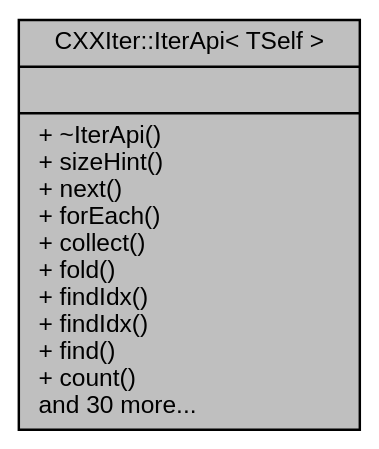
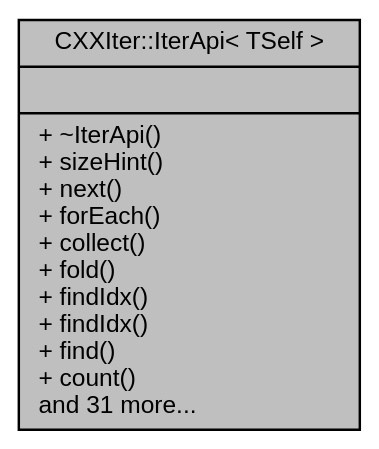
The diagram in classCXXIter_1_1IterApi__coll__graph.dot (seijikun/CXXIter), drawn with Graphviz before and after one commit. The commit also changed 23 other files, not shown here.

```diff
--- a/classCXXIter_1_1IterApi__coll__graph.dot
+++ b/classCXXIter_1_1IterApi__coll__graph.dot
@@ -1,9 +1,9 @@
 digraph "CXXIter::IterApi&lt; TSelf &gt;"
 {
  // INTERACTIVE_SVG=YES
  // LATEX_PDF_SIZE
   bgcolor="transparent";
   edge [fontname="Helvetica",fontsize="10",labelfontname="Helvetica",labelfontsize="10"];
   node [fontname="Helvetica",fontsize="10",shape=record];
-  Node1 [label="{CXXIter::IterApi\< TSelf \>\n||+ ~IterApi()\l+ sizeHint()\l+ next()\l+ forEach()\l+ collect()\l+ fold()\l+ findIdx()\l+ findIdx()\l+ find()\l+ count()\land 30 more...\l}",height=0.2,width=0.4,color="black", fillcolor="grey75", style="filled", fontcolor="black",tooltip="Public Iterator API surface."];
+  Node1 [label="{CXXIter::IterApi\< TSelf \>\n||+ ~IterApi()\l+ sizeHint()\l+ next()\l+ forEach()\l+ collect()\l+ fold()\l+ findIdx()\l+ findIdx()\l+ find()\l+ count()\land 31 more...\l}",height=0.2,width=0.4,color="black", fillcolor="grey75", style="filled", fontcolor="black",tooltip="Public Iterator API surface."];
 }
```
